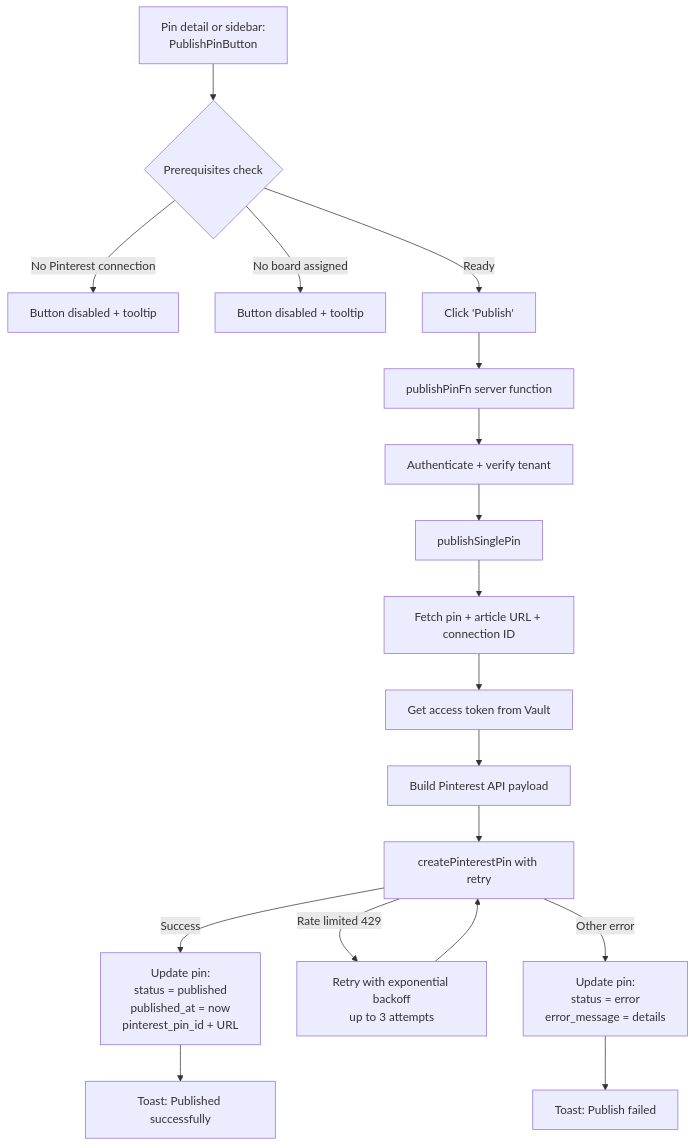
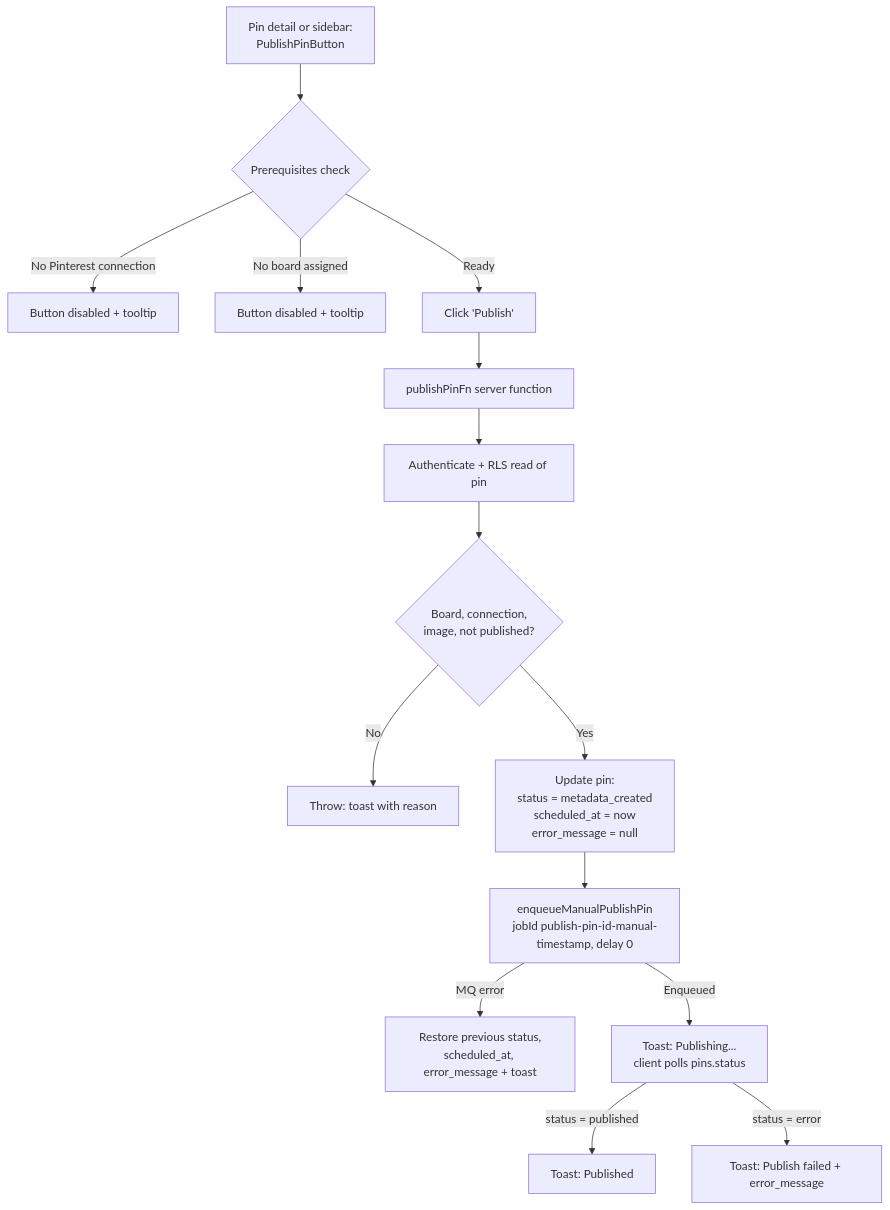
One commit to theaussie86/petra-pinterest changed the first of 4 diagrams in docs/flows/pin-publishing.md. Above: the diagram before and after it, drawn with Mermaid. The commit also changed other lines of this file and 8 other files, not shown here.

````diff
--- a/docs/flows/pin-publishing.md
+++ b/docs/flows/pin-publishing.md
@@ -9,23 +11,19 @@
 ```mermaid
 flowchart TD
     A[Pin detail or sidebar:<br/>PublishPinButton] --> B{Prerequisites check}
     B -->|No Pinterest connection| C[Button disabled + tooltip]
     B -->|No board assigned| D[Button disabled + tooltip]
     B -->|Ready| E[Click 'Publish']
 
     E --> F[publishPinFn server function]
-    F --> G[Authenticate + verify tenant]
-    G --> H[publishSinglePin]
-    H --> I[Fetch pin + article URL + connection ID]
-    I --> J[Get access token from Vault]
-    J --> K[Build Pinterest API payload]
-    K --> L[createPinterestPin with retry]
+    F --> G[Authenticate + RLS read of pin]
+    G --> H{Board, connection,<br/>image, not published?}
+    H -->|No| I[Throw: toast with reason]
+    H -->|Yes| J[Update pin:<br/>status = metadata_created<br/>scheduled_at = now<br/>error_message = null]
+    J --> K[enqueueManualPublishPin<br/>jobId publish-pin-id-manual-timestamp, delay 0]
+    K -->|MQ error| L[Restore previous status,<br/>scheduled_at, error_message + toast]
+    K -->|Enqueued| M[Toast: Publishing...<br/>client polls pins.status]
 
-    L -->|Success| M[Update pin:<br/>status = published<br/>published_at = now<br/>pinterest_pin_id + URL]
-    L -->|Rate limited 429| N[Retry with exponential backoff<br/>up to 3 attempts]
-    N --> L
-    L -->|Other error| O[Update pin:<br/>status = error<br/>error_message = details]
-
-    M --> P[Toast: Published successfully]
-    O --> Q[Toast: Publish failed]
+    M -->|status = published| N[Toast: Published]
+    M -->|status = error| O[Toast: Publish failed + error_message]
 ```
````
